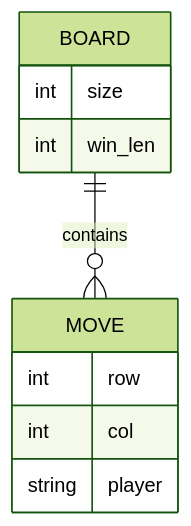
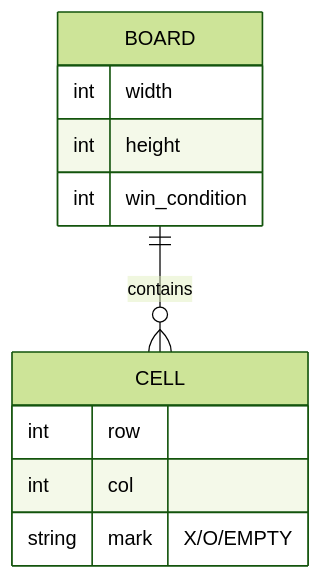
The third of 3 diagrams in docs/architecture.md (CodeingOver/CocaroGamePython), drawn with Mermaid (forest theme) before and after one commit. The commit also changed other lines of this file and 3 other files, not shown here.

````diff
--- a/docs/architecture.md
+++ b/docs/architecture.md
@@ -124,13 +92,14 @@
 ```mermaid
 erDiagram
-    BOARD ||--o{ MOVE : contains
+    BOARD ||--o{ CELL : contains
     BOARD {
-        int size
-        int win_len
+        int width
+        int height
+        int win_condition
     }
-    MOVE {
+    CELL {
         int row
         int col
-        string player
+        string mark "X/O/EMPTY"
     }
 ```
````
